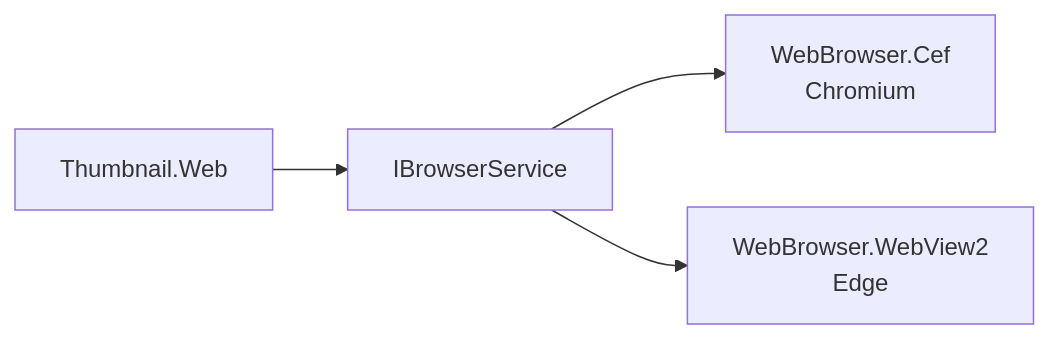
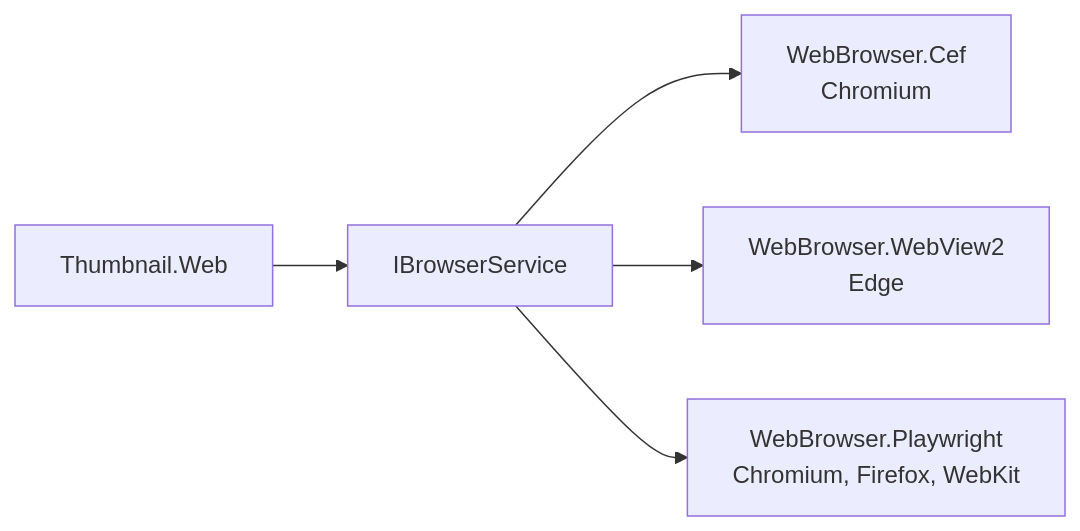
Before and after one commit to dosh1974/SysWeaver: the diagram in SysWeaver.WebBrowser/README.md, drawn with Mermaid. The commit also changed other lines of this file and 324 other files, not shown here.

````diff
--- a/SysWeaver.WebBrowser/README.md
+++ b/SysWeaver.WebBrowser/README.md
@@ -18,6 +18,7 @@
 ```mermaid
 flowchart LR
   Consumers["Thumbnail.Web"] --> IBS["IBrowserService"]
   IBS --> Cef["WebBrowser.Cef<br/>Chromium"]
   IBS --> WV["WebBrowser.WebView2<br/>Edge"]
+  IBS --> PW["WebBrowser.Playwright<br/>Chromium, Firefox, WebKit"]
 ```
````
